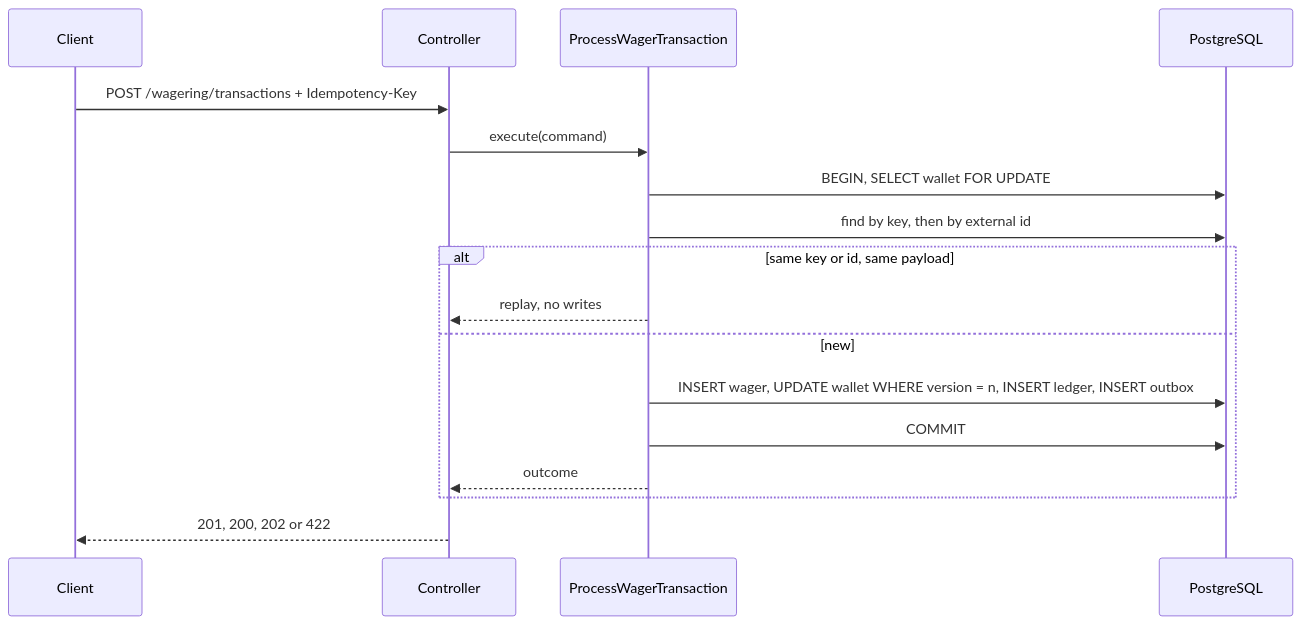
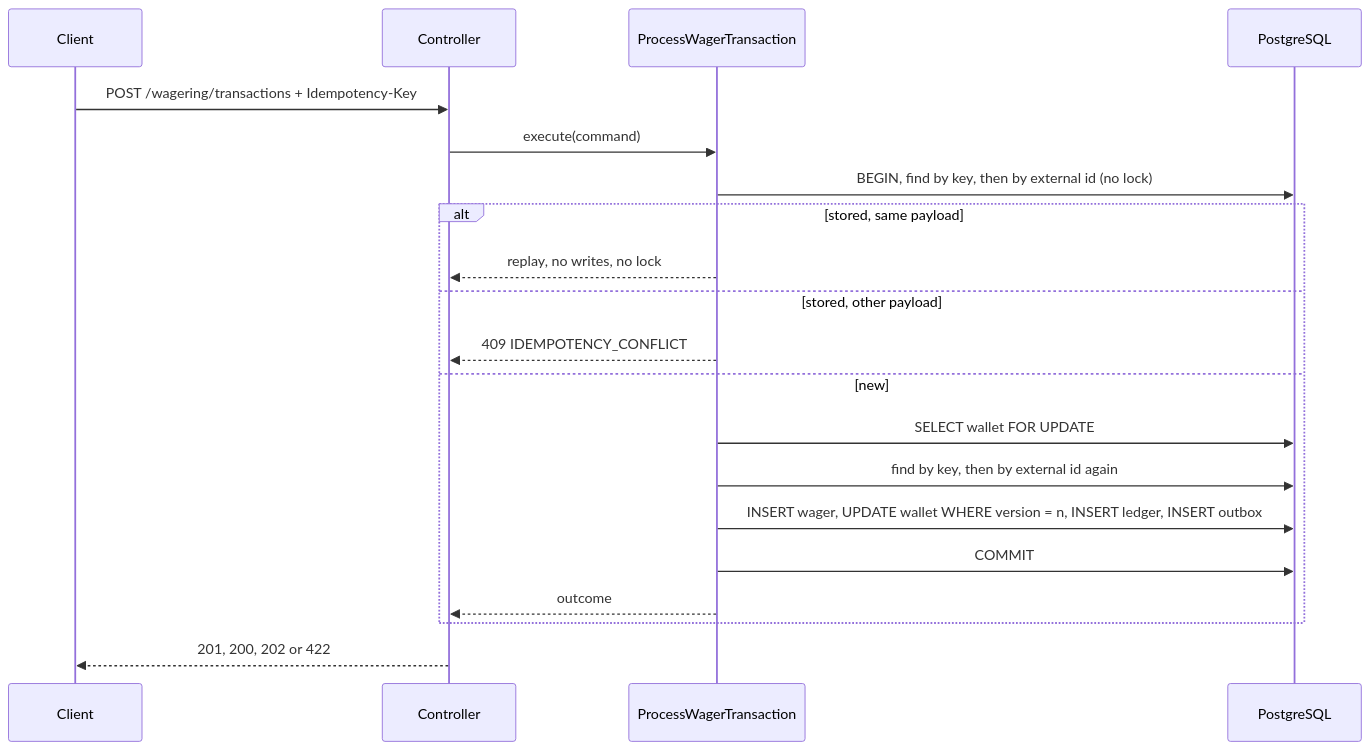
One commit to dedeusgui/backend-challenge changed the third of 5 diagrams in ARCHITECTURE.md. Above: the diagram before and after it, drawn with Mermaid. The commit also changed other lines of this file and 4 other files, not shown here.

````diff
--- a/ARCHITECTURE.md
+++ b/ARCHITECTURE.md
@@ -174,19 +180,22 @@
 ```mermaid
 sequenceDiagram
   participant Client
   participant API as Controller
   participant UC as ProcessWagerTransaction
   participant DB as PostgreSQL
   Client->>API: POST /wagering/transactions + Idempotency-Key
   API->>UC: execute(command)
-  UC->>DB: BEGIN, SELECT wallet FOR UPDATE
-  UC->>DB: find by key, then by external id
-  alt same key or id, same payload
-    UC-->>API: replay, no writes
+  UC->>DB: BEGIN, find by key, then by external id (no lock)
+  alt stored, same payload
+    UC-->>API: replay, no writes, no lock
+  else stored, other payload
+    UC-->>API: 409 IDEMPOTENCY_CONFLICT
   else new
+    UC->>DB: SELECT wallet FOR UPDATE
+    UC->>DB: find by key, then by external id again
     UC->>DB: INSERT wager, UPDATE wallet WHERE version = n, INSERT ledger, INSERT outbox
     UC->>DB: COMMIT
     UC-->>API: outcome
   end
   API-->>Client: 201, 200, 202 or 422
 ```
````
